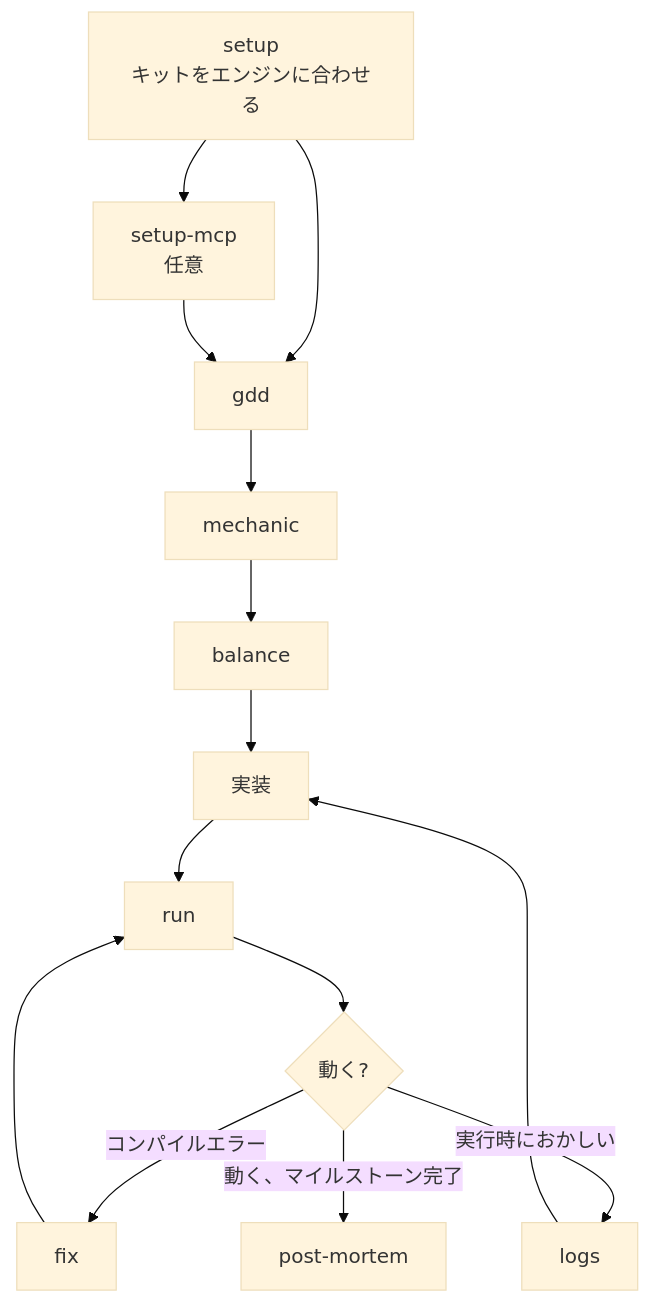
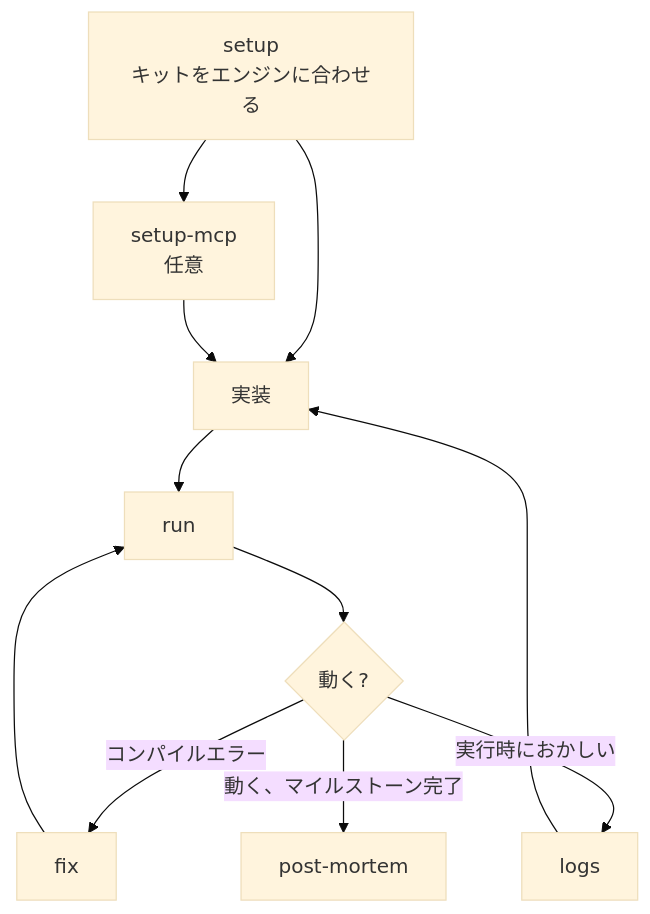
One commit to omni-stove/skill-kit changed the diagram in domains/game/README.ja.md. Above: the diagram before and after it, drawn with Mermaid (base theme). The commit also changed other lines of this file and 59 other files, not shown here.

````diff
--- a/domains/game/README.ja.md
+++ b/domains/game/README.ja.md
@@ -8,16 +8,13 @@
 ```mermaid
 flowchart TD
   setup[setup<br/>キットをエンジンに合わせる] --> mcp[setup-mcp<br/>任意]
-  setup --> gdd
-  mcp --> gdd[gdd]
-  gdd --> mechanic[mechanic]
-  mechanic --> balance[balance]
-  balance --> impl[実装]
+  setup --> impl[実装]
+  mcp --> impl
   impl --> run[run]
   run --> broken{動く?}
   broken -- "コンパイルエラー" --> fix[fix]
   broken -- "実行時におかしい" --> logs[logs]
   fix --> run
   logs --> impl
   broken -- "動く、マイルストーン完了" --> pm[post-mortem]
 ```
````
